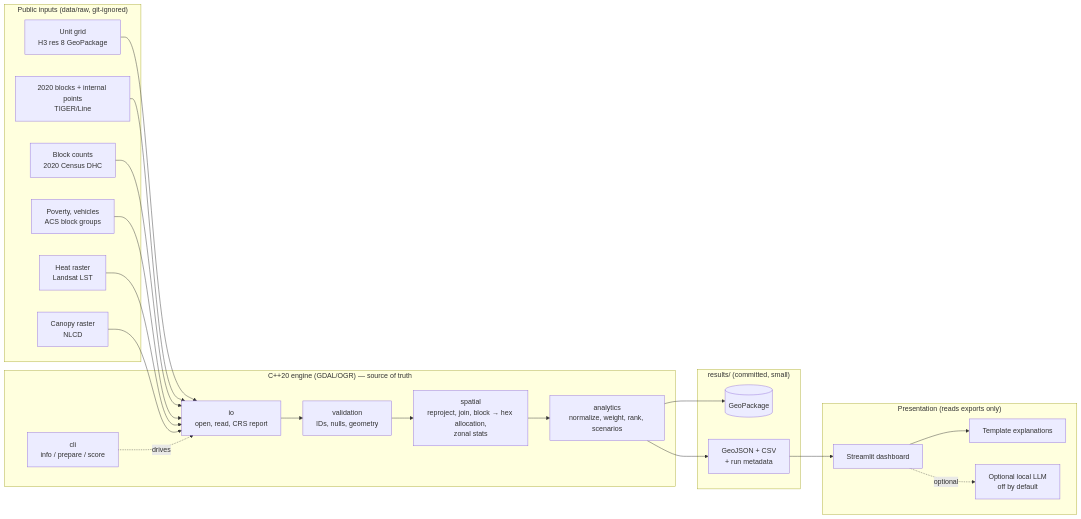
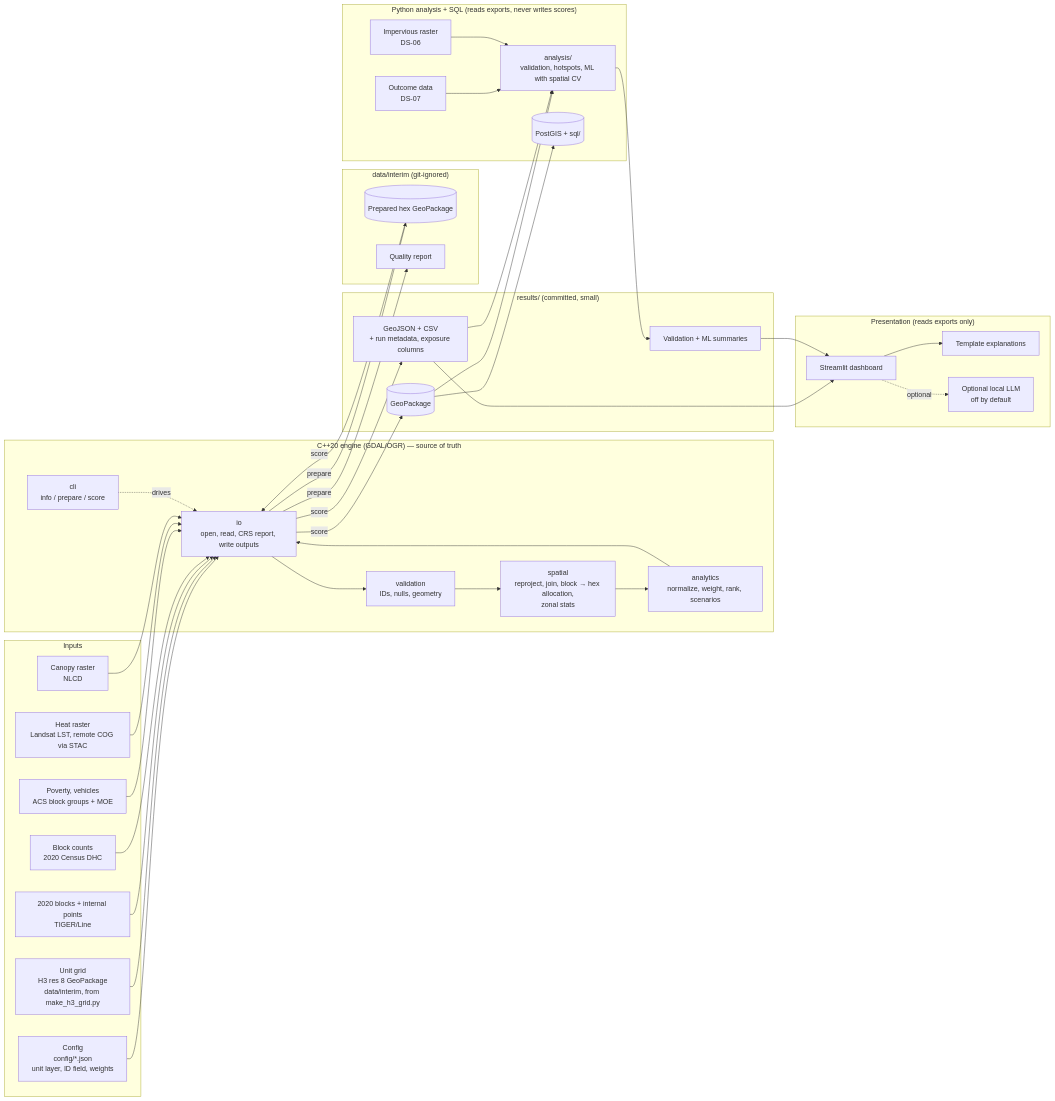
One commit to AndrewMak91/georesilience changed the diagram in docs/architecture.md. Above: the diagram before and after it, drawn with Mermaid. The commit also changed 1 other file, not shown here.

Commit message:
Week 1: architecture diagram covers analysis, config, interim; hex wording
Diagram review against requirements.md: add Python analysis/SQL layer
(FR-15-17, DS-06/07), validation+ML summaries read by the dashboard
(FR-18), config input (FR-12, NFR-06), io writes outputs (NFR-07),
prepare -> data/interim + quality report -> score (FR-08). Replace stale
'tract' wording with 'hex' in ROADMAP Weeks 14, 16, 18, 24, 26, 27.

````diff
--- a/docs/architecture.md
+++ b/docs/architecture.md
@@ -3,35 +3,57 @@
 ```mermaid
 flowchart LR
-    subgraph Inputs["Public inputs (data/raw, git-ignored)"]
-        U[Unit grid<br/>H3 res 8 GeoPackage]
+    subgraph Inputs["Inputs"]
+        CFG[Config<br/>config/*.json<br/>unit layer, ID field, weights]
+        U[Unit grid<br/>H3 res 8 GeoPackage<br/>data/interim, from make_h3_grid.py]
         BL[2020 blocks + internal points<br/>TIGER/Line]
         P[Block counts<br/>2020 Census DHC]
-        D[Poverty, vehicles<br/>ACS block groups]
-        T[Heat raster<br/>Landsat LST]
+        D[Poverty, vehicles<br/>ACS block groups + MOE]
+        T[Heat raster<br/>Landsat LST, remote COG via STAC]
         C[Canopy raster<br/>NLCD]
     end
 
     subgraph Engine["C++20 engine (GDAL/OGR) — source of truth"]
-        IO[io<br/>open, read, CRS report]
+        IO[io<br/>open, read, CRS report, write outputs]
         VAL[validation<br/>IDs, nulls, geometry]
         SP[spatial<br/>reproject, join, block → hex allocation,<br/>zonal stats]
         AN[analytics<br/>normalize, weight, rank, scenarios]
         CLI[cli<br/>info / prepare / score]
     end
 
+    subgraph Interim["data/interim (git-ignored)"]
+        PG[(Prepared hex GeoPackage)]
+        QR[Quality report]
+    end
+
     subgraph Outputs["results/ (committed, small)"]
         G[(GeoPackage)]
-        J[GeoJSON + CSV<br/>+ run metadata]
+        J[GeoJSON + CSV<br/>+ run metadata, exposure columns]
+        S[Validation + ML summaries]
+    end
+
+    subgraph Analysis["Python analysis + SQL (reads exports, never writes scores)"]
+        OUT[Outcome data<br/>DS-07]
+        IMP[Impervious raster<br/>DS-06]
+        NB[analysis/<br/>validation, hotspots, ML with spatial CV]
+        DB[(PostGIS + sql/)]
     end
 
     subgraph Present["Presentation (reads exports only)"]
         DASH[Streamlit dashboard]
         EXP[Template explanations]
         AI[Optional local LLM<br/>off by default]
     end
 
-    U & BL & P & D & T & C --> IO --> VAL --> SP --> AN --> G & J
+    CFG & U & BL & P & D & T & C --> IO
+    IO --> VAL --> SP --> AN --> IO
+    IO -- prepare --> PG & QR
+    PG -- score --> IO
+    IO -- score --> G & J
     CLI -.drives.-> IO
-    J --> DASH --> EXP
+    G & J --> NB
+    G --> DB
+    OUT & IMP --> NB
+    NB --> S
+    J & S --> DASH --> EXP
     DASH -.optional.-> AI
 ```
````
